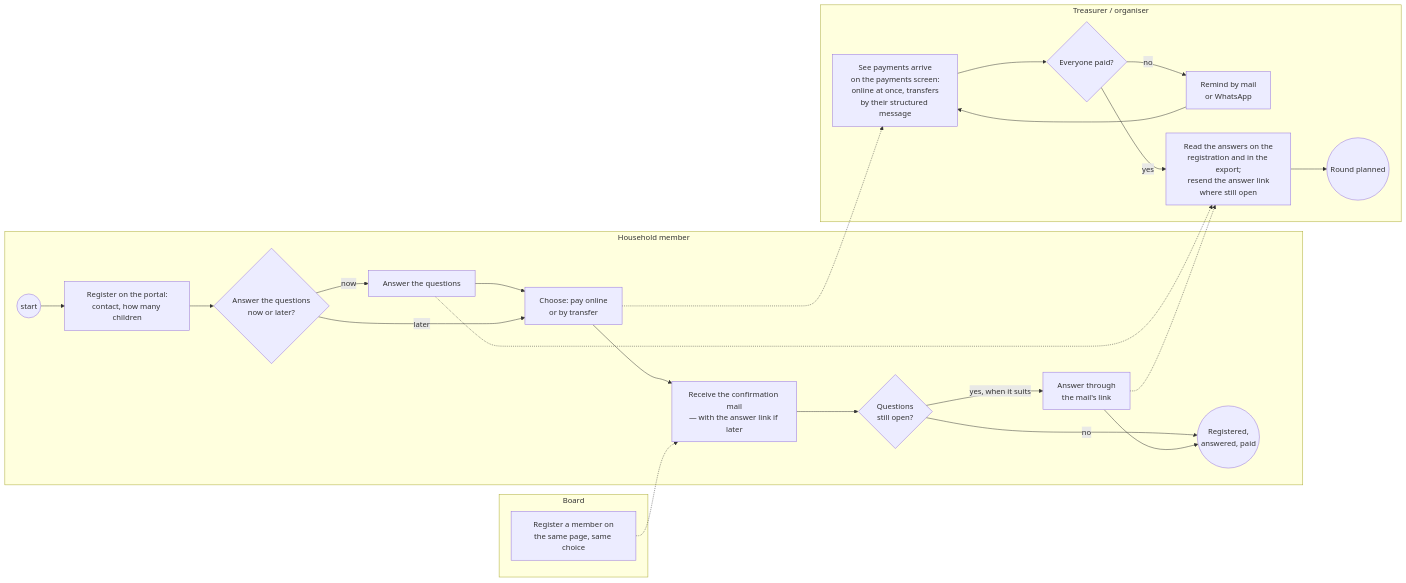
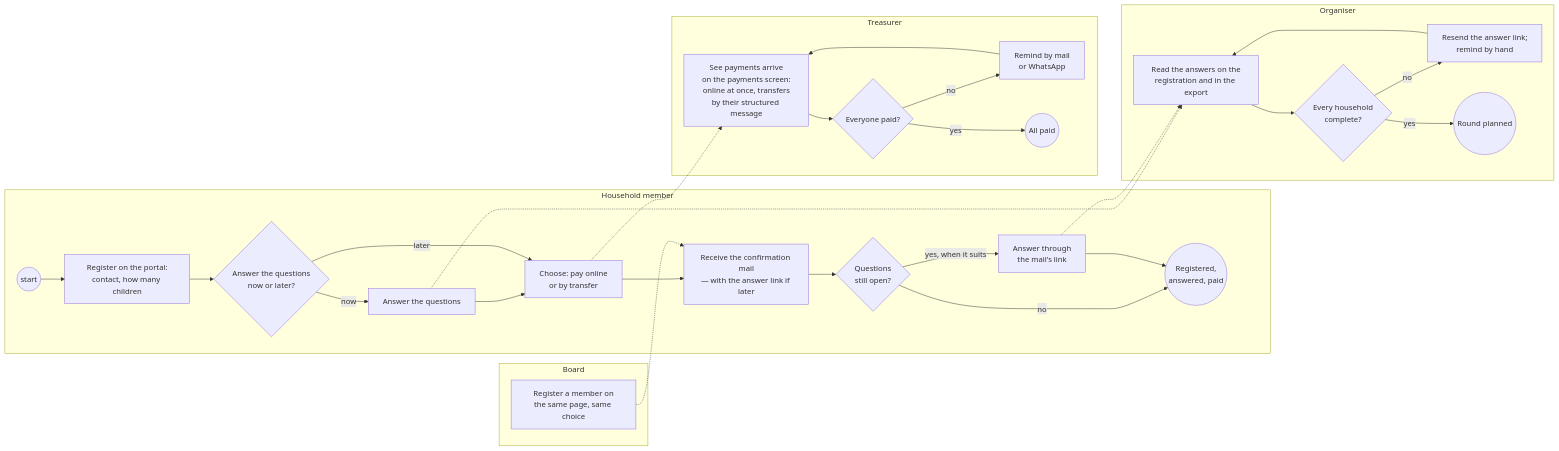
One commit to KoenRenders/KoenTest changed the second of 6 diagrams in docs/change_request_14_registration_questions.md. Above: the diagram before and after it, drawn with Mermaid. The commit also changed other lines of this file, not shown here.

First line of the commit message:
docs(cr-14): three lanes — the treasurer follows the payments, the organiser the completeness of the questionnaire (A2, A3, B2.1)

````diff
--- a/docs/change_request_14_registration_questions.md
+++ b/docs/change_request_14_registration_questions.md
@@ -76,29 +82,34 @@
 ```mermaid
 flowchart LR
   subgraph member["Household member"]
     m0((start)) --> m1[Register on the portal:<br/>contact, how many children]
     m1 --> m2{Answer the questions<br/>now or later?}
     m2 -- now --> m3[Answer the questions]
     m3 --> m4[Choose: pay online<br/>or by transfer]
     m2 -- later --> m4
     m4 --> m5[Receive the confirmation mail<br/>— with the answer link if later]
     m5 --> m6{Questions<br/>still open?}
     m6 -- yes, when it suits --> m7[Answer through<br/>the mail's link]
     m6 -- no --> m8
     m7 --> m8((Registered,<br/>answered, paid))
   end
   subgraph board["Board"]
     b1[Register a member on<br/>the same page, same choice]
   end
-  subgraph treasurer["Treasurer / organiser"]
+  subgraph treasurer["Treasurer"]
     t1[See payments arrive<br/>on the payments screen:<br/>online at once, transfers<br/>by their structured message] --> t2{Everyone paid?}
     t2 -- no --> t3[Remind by mail<br/>or WhatsApp]
     t3 --> t1
-    t2 -- yes --> t4[Read the answers on the<br/>registration and in the export;<br/>resend the answer link<br/>where still open]
-    t4 --> t5((Round planned))
+    t2 -- yes --> t4((All paid))
+  end
+  subgraph organiser["Organiser"]
+    o1[Read the answers on the<br/>registration and in the export] --> o2{Every household<br/>complete?}
+    o2 -- no --> o3[Resend the answer link;<br/>remind by hand]
+    o3 --> o1
+    o2 -- yes --> o4((Round planned))
   end
   m4 -.-> t1
   b1 -.-> m5
-  m3 -.-> t4
-  m7 -.-> t4
+  m3 -.-> o1
+  m7 -.-> o1
 ```
````
